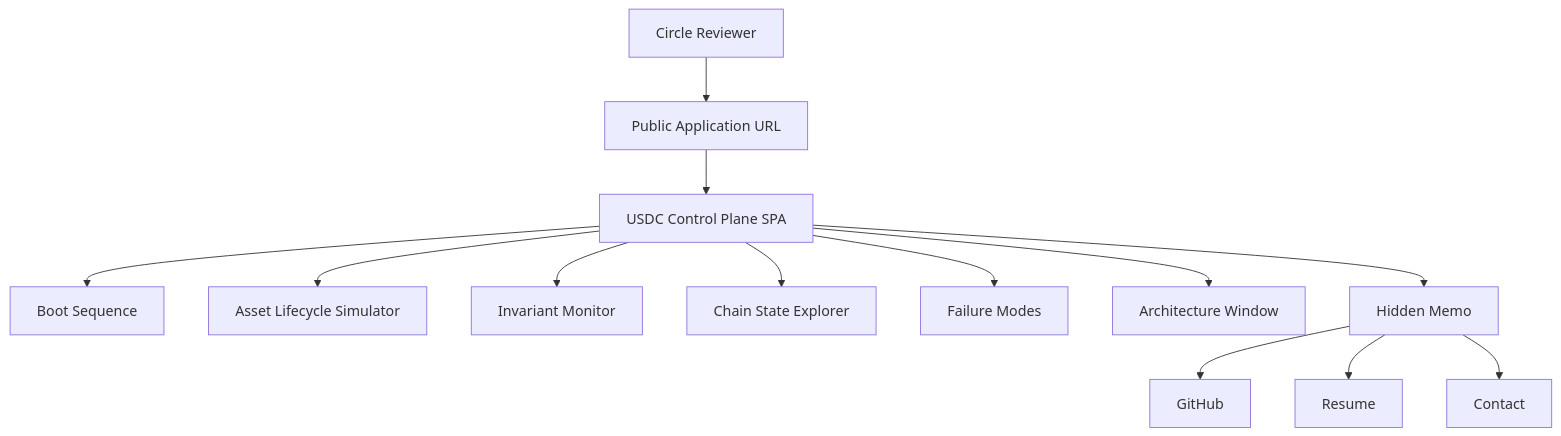
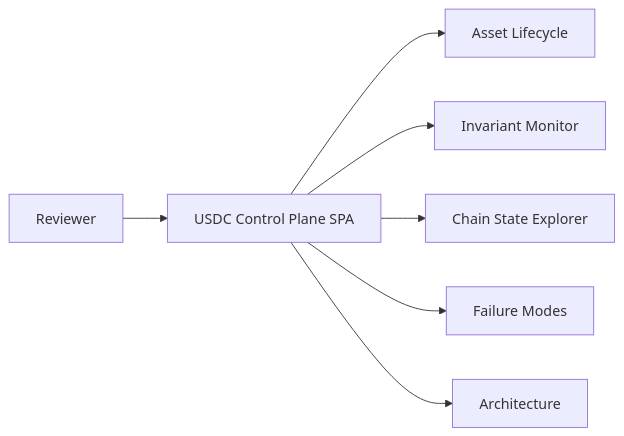
The first of 4 diagrams in architecture.md (AdamMomen/usdc-control-plane), drawn with Mermaid before and after one commit. The commit also changed other lines of this file and 7 other files, not shown here.

Commit message:
Enhance architecture documentation and UI: restructure architecture.md for clarity, add in-app architecture window with links to detailed documentation, and implement validation for Mermaid diagrams. Update package.json to include new dependencies for architecture visualization.

````diff
--- a/architecture.md
+++ b/architecture.md
@@ -30,20 +17,9 @@
 ```mermaid
-flowchart TD
-
-A[Circle Reviewer]
---> B[Public Application URL]
-
-B --> C[USDC Control Plane SPA]
-
-C --> D[Boot Sequence]
-C --> E[Asset Lifecycle Simulator]
-C --> F[Invariant Monitor]
-C --> G[Chain State Explorer]
-C --> H[Failure Modes]
-C --> I[Architecture Window]
-C --> J[Hidden Memo]
-
-J --> K[GitHub]
-J --> L[Resume]
-J --> M[Contact]
+flowchart LR
+  R[Reviewer] --> SPA[USDC Control Plane SPA]
+  SPA --> W1[Asset Lifecycle]
+  SPA --> W2[Invariant Monitor]
+  SPA --> W3[Chain State Explorer]
+  SPA --> W4[Failure Modes]
+  SPA --> W5[Architecture]
 ```
````
